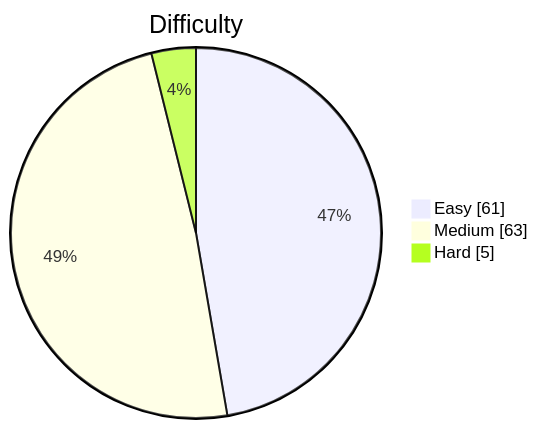
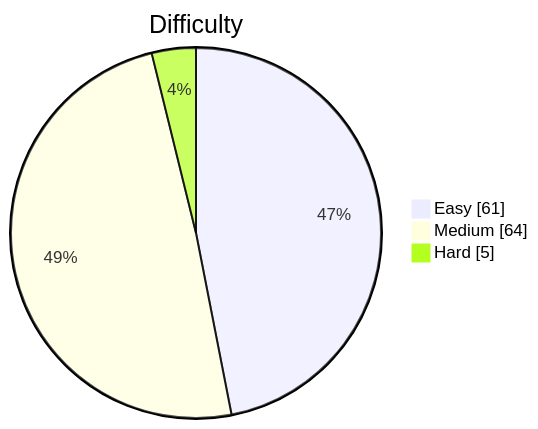
Before and after one commit to kevstevie/python-algo-practice: the diagram in README.md, drawn with Mermaid. The commit also changed other lines of this file, not shown here.

````diff
--- a/README.md
+++ b/README.md
@@ -13,7 +13,7 @@
 ```mermaid
 pie showData
     title Difficulty
     "Easy"   : 61
-    "Medium" : 63
+    "Medium" : 64
     "Hard"   : 5
 ```
````
